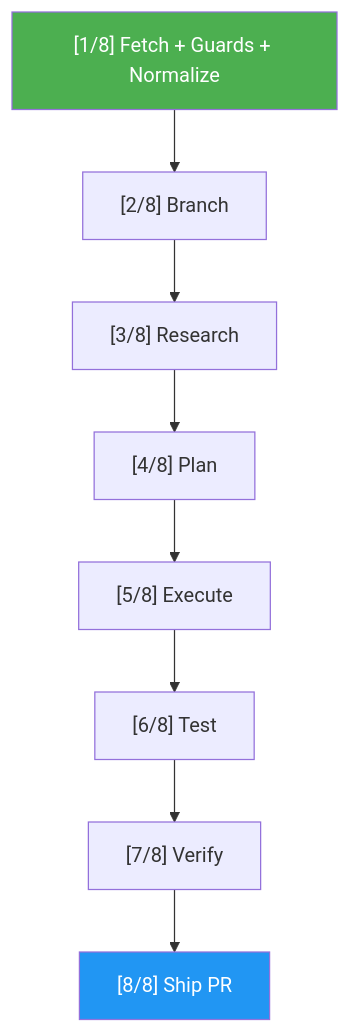
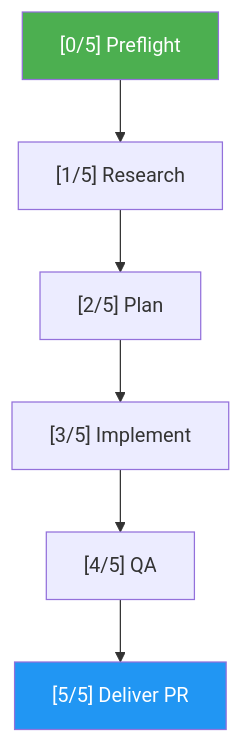
The diagram in skills/issue-resolver/README.md (luongnv89/idd), drawn with Mermaid before and after one commit. The commit also changed other lines of this file and 38 other files, not shown here.

````diff
--- a/skills/issue-resolver/README.md
+++ b/skills/issue-resolver/README.md
@@ -26,12 +26,10 @@
 ```mermaid
 graph TD
-    A["[1/8] Fetch + Guards + Normalize"] --> B["[2/8] Branch"]
-    B --> C["[3/8] Research"]
-    C --> D["[4/8] Plan"]
-    D --> E["[5/8] Execute"]
-    E --> F["[6/8] Test"]
-    F --> G["[7/8] Verify"]
-    G --> H["[8/8] Ship PR"]
+    A["[0/5] Preflight"] --> B["[1/5] Research"]
+    B --> C["[2/5] Plan"]
+    C --> D["[3/5] Implement"]
+    D --> E["[4/5] QA"]
+    E --> F["[5/5] Deliver PR"]
     style A fill:#4CAF50,color:#fff
-    style H fill:#2196F3,color:#fff
+    style F fill:#2196F3,color:#fff
 ```
````
